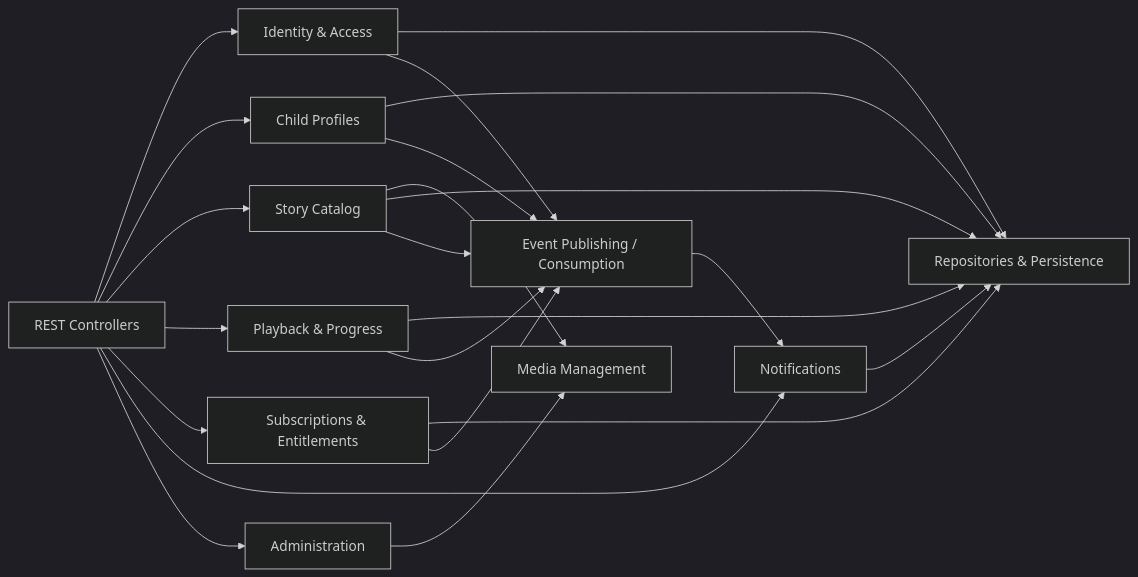
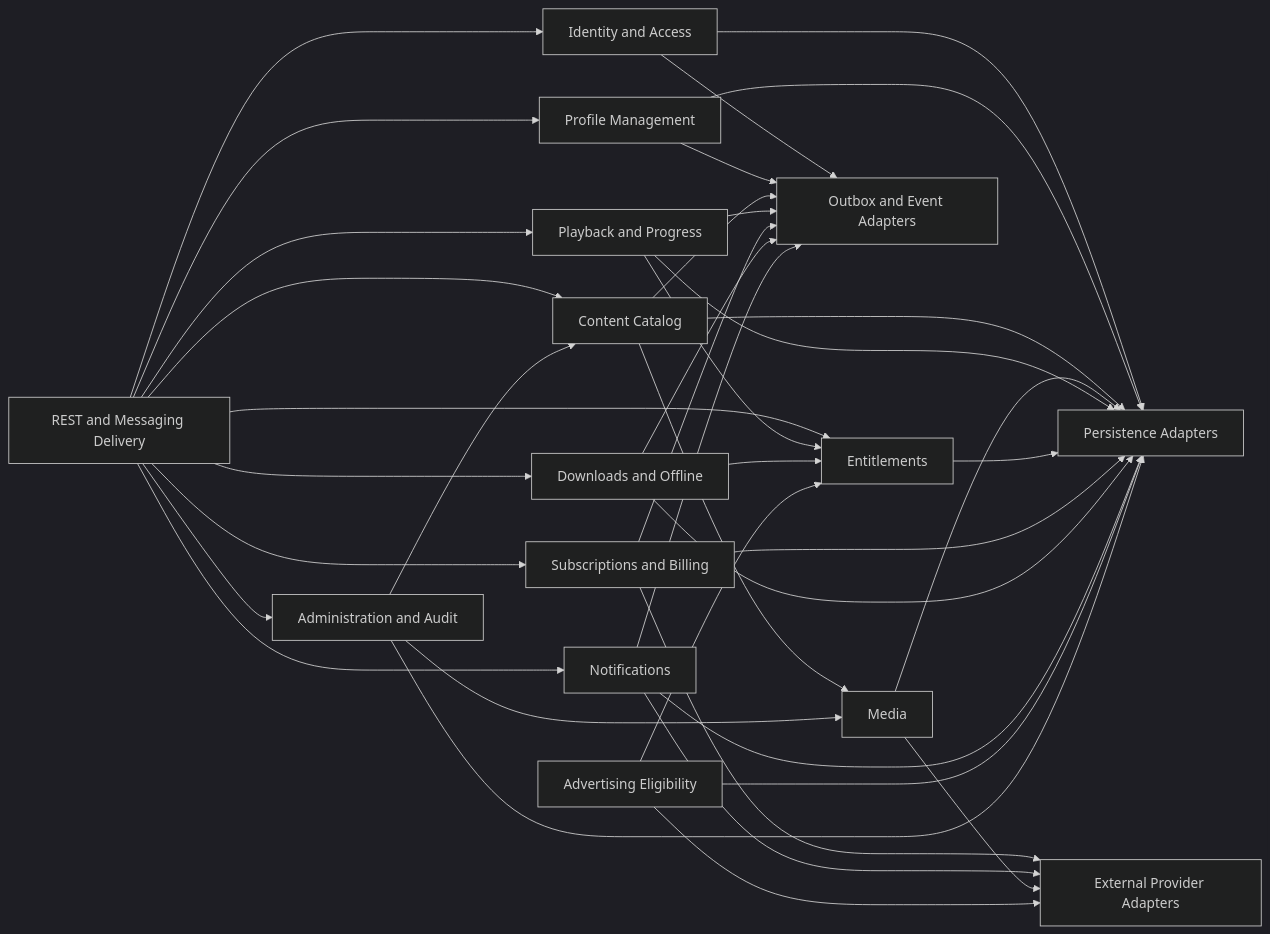
One commit to IoanMarian08/KidsAudioBookPlatform changed the third of 3 diagrams in docs/03_Architecture/C4_Model/README.md. Above: the diagram before and after it, drawn with Mermaid (dark theme). The commit also changed other lines of this file, not shown here.

````diff
--- a/docs/03_Architecture/C4_Model/README.md
+++ b/docs/03_Architecture/C4_Model/README.md
@@ -72,36 +205,62 @@
 ```mermaid
 flowchart LR
-    Controllers[REST Controllers]
-    Auth[Identity & Access]
-    Profiles[Child Profiles]
-    Catalog[Story Catalog]
-    Playback[Playback & Progress]
-    Billing[Subscriptions & Entitlements]
+    Delivery[REST and Messaging Delivery]
+
+    Identity[Identity and Access]
+    Profiles[Profile Management]
+    Catalog[Content Catalog]
+    Media[Media]
+    Playback[Playback and Progress]
+    Entitlements[Entitlements]
+    Subscriptions[Subscriptions and Billing]
+    Downloads[Downloads and Offline]
     Notifications[Notifications]
-    Admin[Administration]
-    Media[Media Management]
-    Events[Event Publishing / Consumption]
-    Persistence[Repositories & Persistence]
+    Advertising[Advertising Eligibility]
+    Administration[Administration and Audit]
 
-    Controllers --> Auth
-    Controllers --> Profiles
-    Controllers --> Catalog
-    Controllers --> Playback
-    Controllers --> Billing
-    Controllers --> Notifications
-    Controllers --> Admin
-    Admin --> Media
+    Persistence[Persistence Adapters]
+    Providers[External Provider Adapters]
+    Events[Outbox and Event Adapters]
+
+    Delivery --> Identity
+    Delivery --> Profiles
+    Delivery --> Catalog
+    Delivery --> Playback
+    Delivery --> Entitlements
+    Delivery --> Subscriptions
+    Delivery --> Downloads
+    Delivery --> Notifications
+    Delivery --> Administration
+
     Catalog --> Media
-    Auth --> Persistence
+    Playback --> Entitlements
+    Downloads --> Entitlements
+    Advertising --> Entitlements
+    Administration --> Catalog
+    Administration --> Media
+
+    Identity --> Persistence
     Profiles --> Persistence
     Catalog --> Persistence
+    Media --> Persistence
     Playback --> Persistence
-    Billing --> Persistence
+    Entitlements --> Persistence
+    Subscriptions --> Persistence
+    Downloads --> Persistence
     Notifications --> Persistence
-    Auth --> Events
+    Advertising --> Persistence
+    Administration --> Persistence
+
+    Subscriptions --> Providers
+    Notifications --> Providers
+    Media --> Providers
+    Advertising --> Providers
+
+    Identity --> Events
     Profiles --> Events
     Catalog --> Events
     Playback --> Events
-    Billing --> Events
-    Events --> Notifications
+    Subscriptions --> Events
+    Downloads --> Events
+    Notifications --> Events
 ```
````
